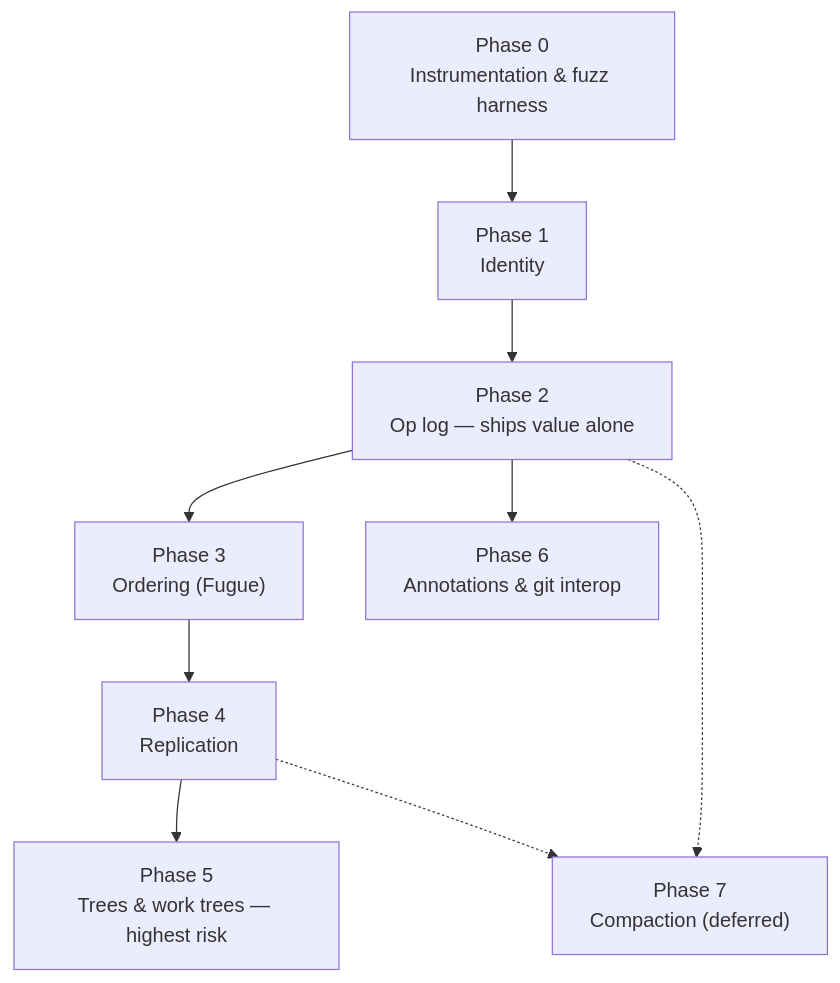
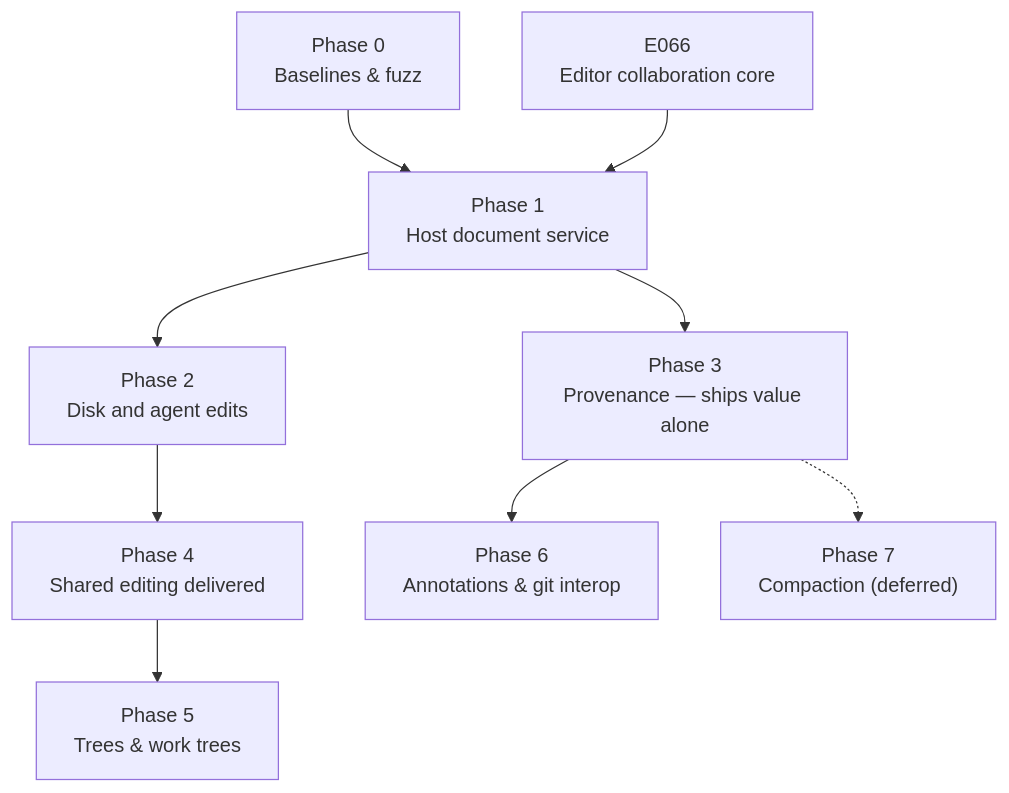
One commit to ShaulLavo/fregat changed the diagram in plans/delta-db-implementation-plan.md. Above: the diagram before and after it, drawn with Mermaid. The commit also changed other lines of this file and 13 other files, not shown here.

First line of the commit message:
docs: plan collaborative editing on a host-ordered edit log

````diff
--- a/plans/delta-db-implementation-plan.md
+++ b/plans/delta-db-implementation-plan.md
@@ -105,11 +87,11 @@
 ```mermaid
 graph TD
-  P0["Phase 0<br/>Instrumentation & fuzz harness"] --> P1["Phase 1<br/>Identity"]
-  P1 --> P2["Phase 2<br/>Op log — ships value alone"]
-  P2 --> P3["Phase 3<br/>Ordering (Fugue)"]
-  P2 --> P6["Phase 6<br/>Annotations & git interop"]
-  P3 --> P4["Phase 4<br/>Replication"]
-  P4 --> P5["Phase 5<br/>Trees & work trees — highest risk"]
-  P2 -.-> P7["Phase 7<br/>Compaction (deferred)"]
-  P4 -.-> P7
+  P0["Phase 0<br/>Baselines & fuzz"] --> P1["Phase 1<br/>Host document service"]
+  E066["E066<br/>Editor collaboration core"] --> P1
+  P1 --> P2["Phase 2<br/>Disk and agent edits"]
+  P1 --> P3["Phase 3<br/>Provenance — ships value alone"]
+  P2 --> P4["Phase 4<br/>Shared editing delivered"]
+  P3 --> P6["Phase 6<br/>Annotations & git interop"]
+  P4 --> P5["Phase 5<br/>Trees & work trees"]
+  P3 -.-> P7["Phase 7<br/>Compaction (deferred)"]
 ```
````
